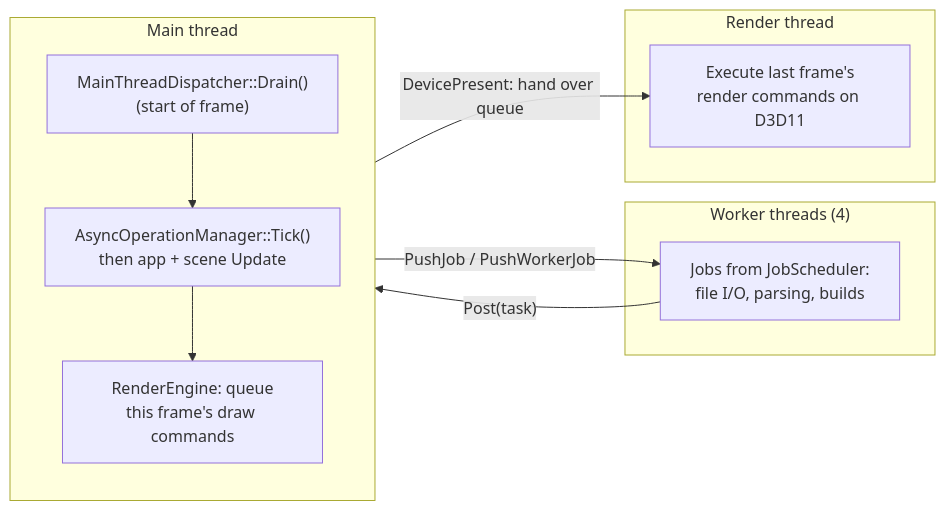
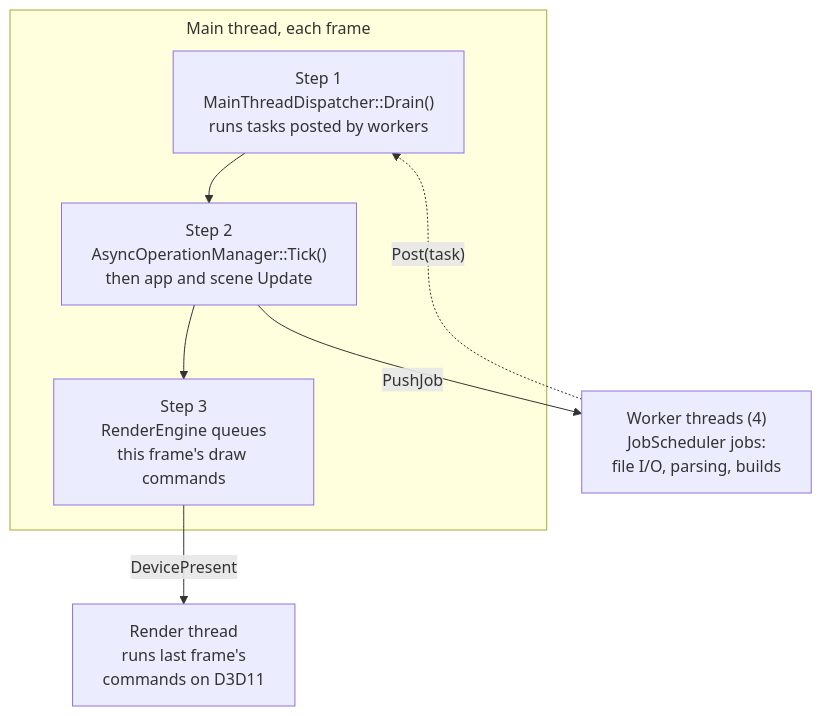
Before and after one commit to b1nary0/RZE: the diagram in Docs/Generated/Engine/06-Platform-And-Infrastructure/Threading-And-Jobs.md, drawn with Mermaid. The commit also changed 21 other files, not shown here.

First line of the commit message:
Fix diagrams that failed to render or hid their own text

````diff
--- a/Docs/Generated/Engine/06-Platform-And-Infrastructure/Threading-And-Jobs.md
+++ b/Docs/Generated/Engine/06-Platform-And-Infrastructure/Threading-And-Jobs.md
@@ -5,17 +5,15 @@
 ```mermaid
-flowchart LR
-    subgraph Main["Main thread"]
-        direction TB
-        D["MainThreadDispatcher::Drain()<br/>(start of frame)"] --> U["AsyncOperationManager::Tick()<br/>then app + scene Update"]
-        U --> R["RenderEngine: queue<br/>this frame's draw commands"]
+%%{init: {'flowchart': {'subGraphTitleMargin': {'top': 6, 'bottom': 10}}, 'themeCSS': '.labelBkg, .edgeLabel { background-color: var(--background-primary) !important; } .messageText, .labelText, .loopText { paint-order: stroke; stroke: var(--background-primary); stroke-width: 5px; stroke-linejoin: round; }'}}%%
+flowchart TD
+    subgraph Main["Main thread, each frame"]
+        D["Step 1<br/>MainThreadDispatcher::Drain()<br/>runs tasks posted by workers"]
+        U["Step 2<br/>AsyncOperationManager::Tick()<br/>then app and scene Update"]
+        R["Step 3<br/>RenderEngine queues<br/>this frame's draw commands"]
+        D --> U --> R
     end
-    subgraph Workers["Worker threads (4)"]
-        J["Jobs from JobScheduler:<br/>file I/O, parsing, builds"]
-    end
-    subgraph RT["Render thread"]
-        X["Execute last frame's<br/>render commands on D3D11"]
-    end
-    U -->|"PushJob / PushWorkerJob"| J
-    J -->|"Post(task)"| D
-    R -->|"DevicePresent: hand over queue"| X
+    J["Worker threads (4)<br/>JobScheduler jobs:<br/>file I/O, parsing, builds"]
+    X["Render thread<br/>runs last frame's<br/>commands on D3D11"]
+    U -->|"PushJob"| J
+    J -.->|"Post(task)"| D
+    R -->|"DevicePresent"| X
 ```
````
